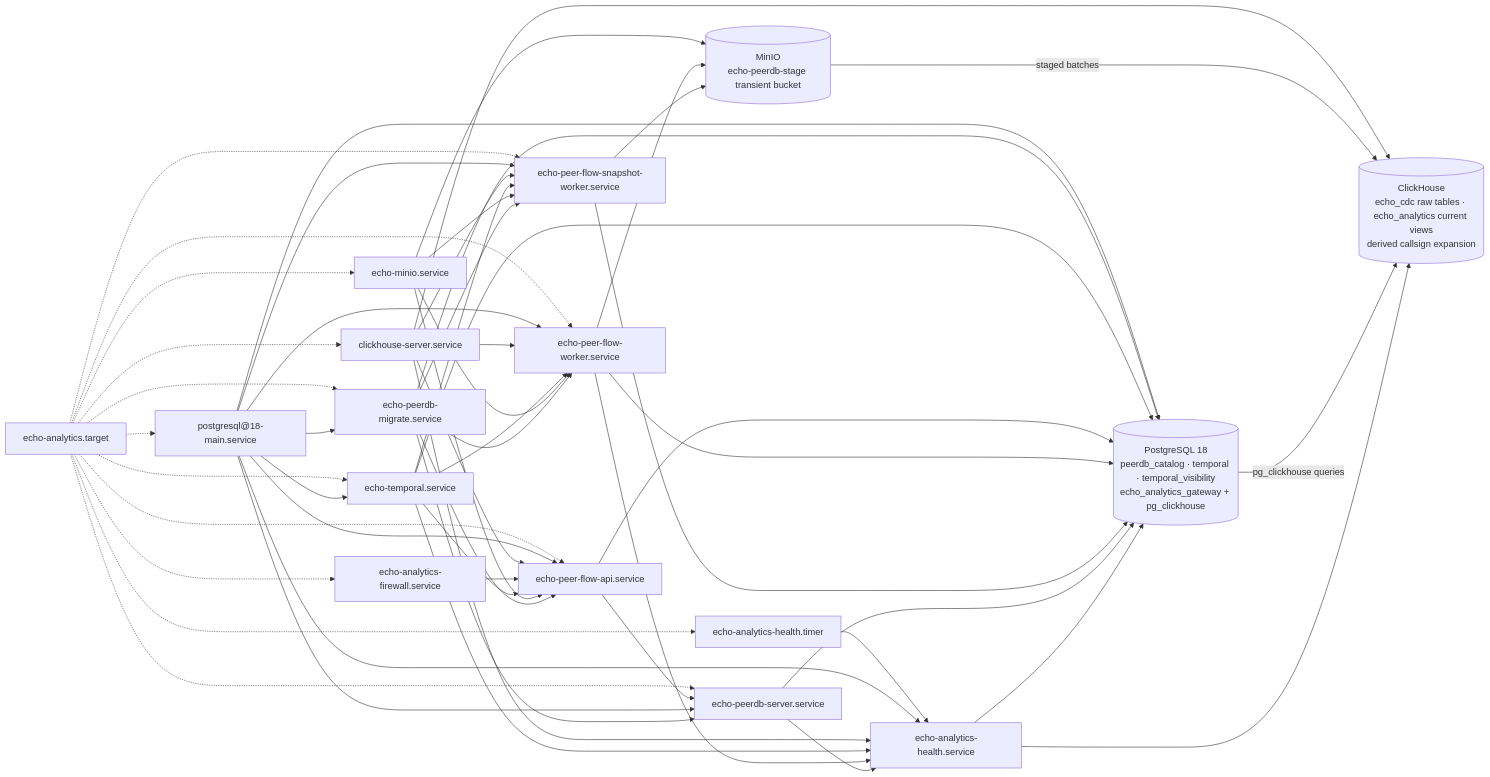
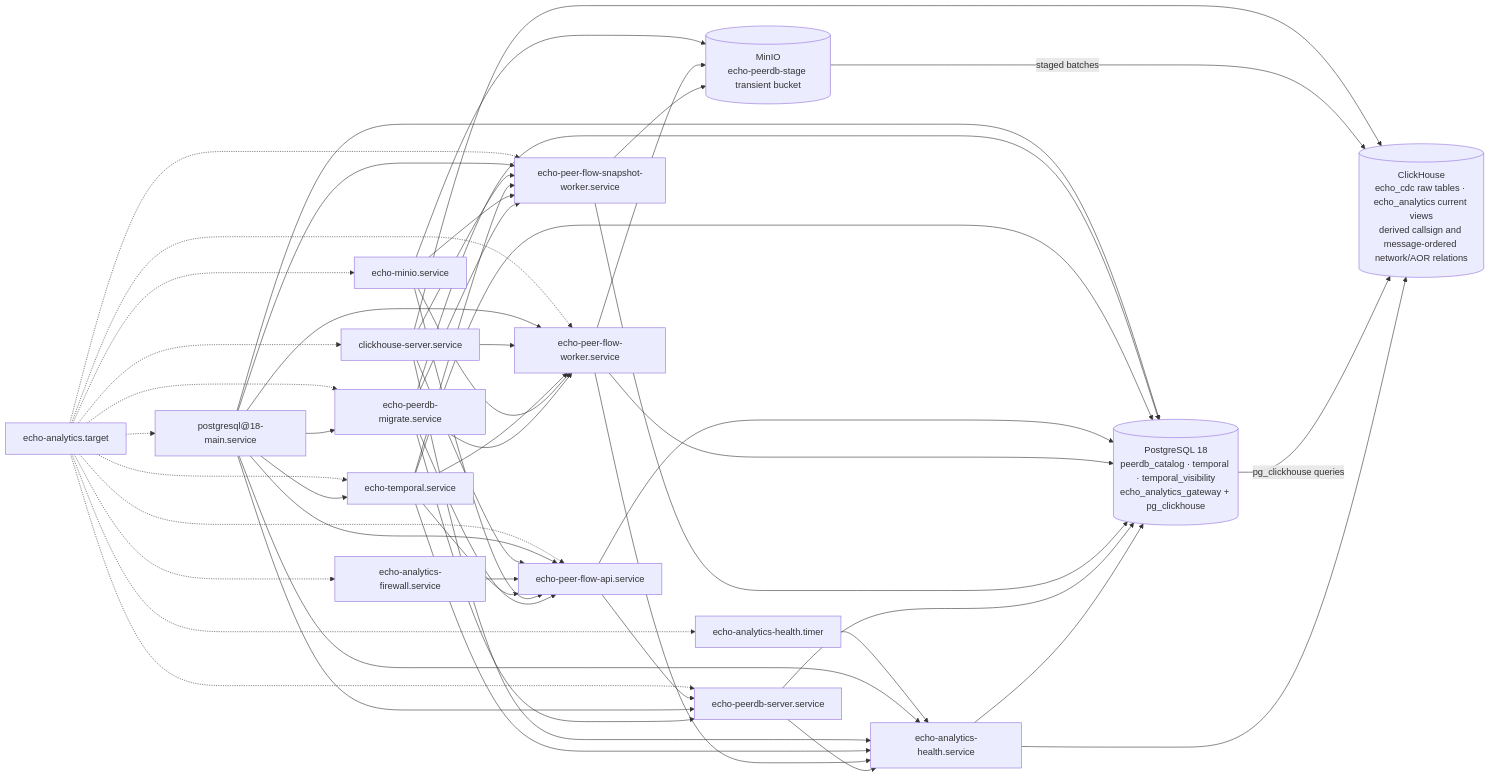
Before and after one commit to murczyk/echo: the fifth of 5 diagrams in docs/README.md, drawn with Mermaid. The commit also changed other lines of this file and 11 other files, not shown here.

````diff
--- a/docs/README.md
+++ b/docs/README.md
@@ -318,78 +318,78 @@
 ```mermaid
 flowchart LR
     target["echo-analytics.target"]
 
     postgres["postgresql@18-main.service"]
     clickhouse["clickhouse-server.service"]
     firewall["echo-analytics-firewall.service"]
     temporal["echo-temporal.service"]
     minio["echo-minio.service"]
     migrate["echo-peerdb-migrate.service"]
     api["echo-peer-flow-api.service"]
     worker["echo-peer-flow-worker.service"]
     snapshot["echo-peer-flow-snapshot-worker.service"]
     peerdb["echo-peerdb-server.service"]
     health_timer["echo-analytics-health.timer"]
     health["echo-analytics-health.service"]
 
     postgres_store[("PostgreSQL 18<br/>peerdb_catalog · temporal · temporal_visibility<br/>echo_analytics_gateway + pg_clickhouse")]
-    clickhouse_store[("ClickHouse<br/>echo_cdc raw tables · echo_analytics current views<br/>derived callsign expansion")]
+    clickhouse_store[("ClickHouse<br/>echo_cdc raw tables · echo_analytics current views<br/>derived callsign and message-ordered network/AOR relations")]
     minio_store[("MinIO<br/>echo-peerdb-stage transient bucket")]
 
     target -.-> postgres
     target -.-> clickhouse
     target -.-> firewall
     target -.-> temporal
     target -.-> minio
     target -.-> migrate
     target -.-> api
     target -.-> worker
     target -.-> snapshot
     target -.-> peerdb
     target -.-> health_timer
 
     postgres --> temporal
     postgres --> migrate
     postgres --> api
     clickhouse --> api
     firewall --> api
     temporal --> api
     minio --> api
     migrate --> api
     api --> peerdb
     postgres --> worker
     clickhouse --> worker
     temporal --> worker
     minio --> worker
     migrate --> worker
     postgres --> snapshot
     clickhouse --> snapshot
     temporal --> snapshot
     minio --> snapshot
     migrate --> snapshot
     postgres --> peerdb
     migrate --> peerdb
     health_timer --> health
     postgres --> health
     clickhouse --> health
     temporal --> health
     worker --> health
     peerdb --> health
 
     postgres --> postgres_store
     clickhouse --> clickhouse_store
     minio --> minio_store
 
     migrate --> postgres_store
     temporal --> postgres_store
     api --> postgres_store
     worker --> postgres_store
     snapshot --> postgres_store
     peerdb --> postgres_store
     health --> postgres_store
     worker --> minio_store
     snapshot --> minio_store
     minio_store -->|staged batches| clickhouse_store
     postgres_store -->|pg_clickhouse queries| clickhouse_store
     health --> clickhouse_store
 ```
````
